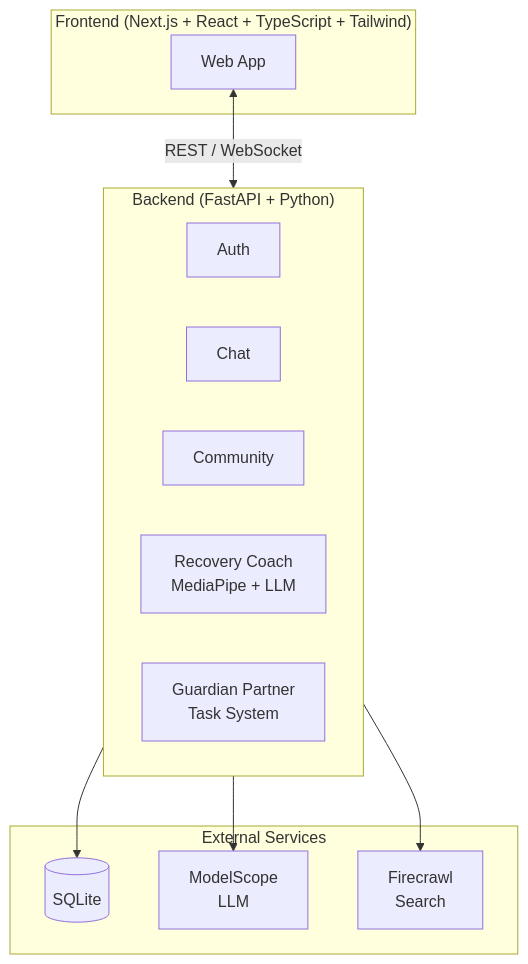
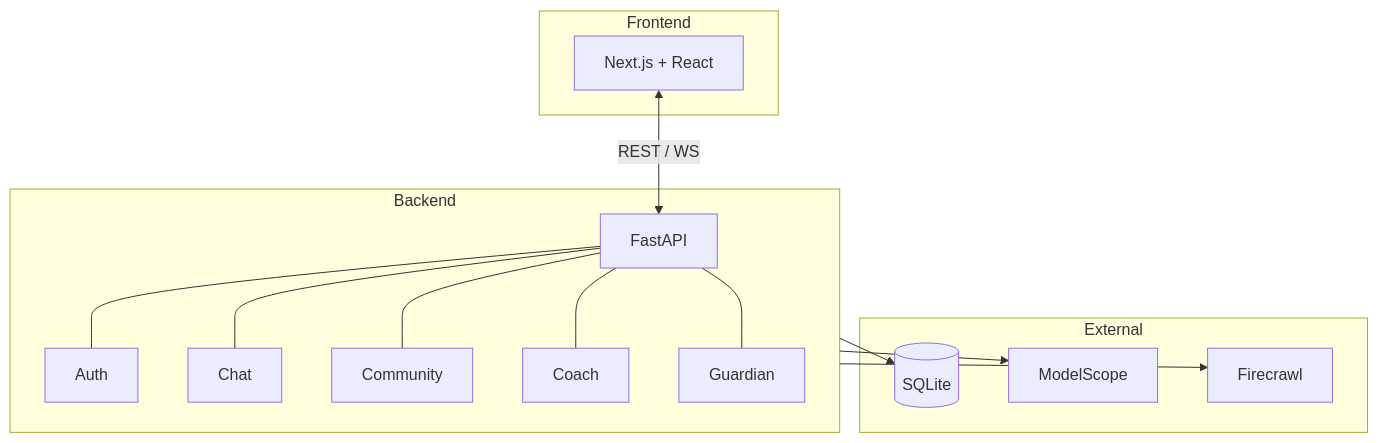
The second of 2 diagrams in docs/architecture.md (koishi510/MomShell), drawn with Mermaid before and after one commit. The commit also changed other lines of this file, not shown here.

````diff
--- a/docs/architecture.md
+++ b/docs/architecture.md
@@ -148,25 +149,27 @@
 ```mermaid
-flowchart TB
-    subgraph Frontend["Frontend (Next.js + React + TypeScript + Tailwind)"]
-        FE[Web App]
+flowchart TD
+    subgraph FE[Frontend]
+        UI[Next.js + React]
     end
 
-    subgraph Backend["Backend (FastAPI + Python)"]
+    subgraph BE[Backend]
+        API[FastAPI]
         Auth[Auth]
         Chat[Chat]
         Community[Community]
-        Coach[Recovery Coach<br/>MediaPipe + LLM]
-        Guardian[Guardian Partner<br/>Task System]
+        Coach[Coach]
+        Guardian[Guardian]
     end
 
-    subgraph External["External Services"]
+    subgraph EXT[External]
         DB[(SQLite)]
-        LLM[ModelScope<br/>LLM]
-        Search[Firecrawl<br/>Search]
+        LLM[ModelScope]
+        Search[Firecrawl]
     end
 
-    FE <-->|REST / WebSocket| Backend
-    Backend --> DB
-    Backend --> LLM
-    Backend --> Search
+    UI <-->|REST / WS| API
+    API --- Auth & Chat & Community & Coach & Guardian
+    BE --> DB
+    BE --> LLM
+    BE --> Search
 ```
````
